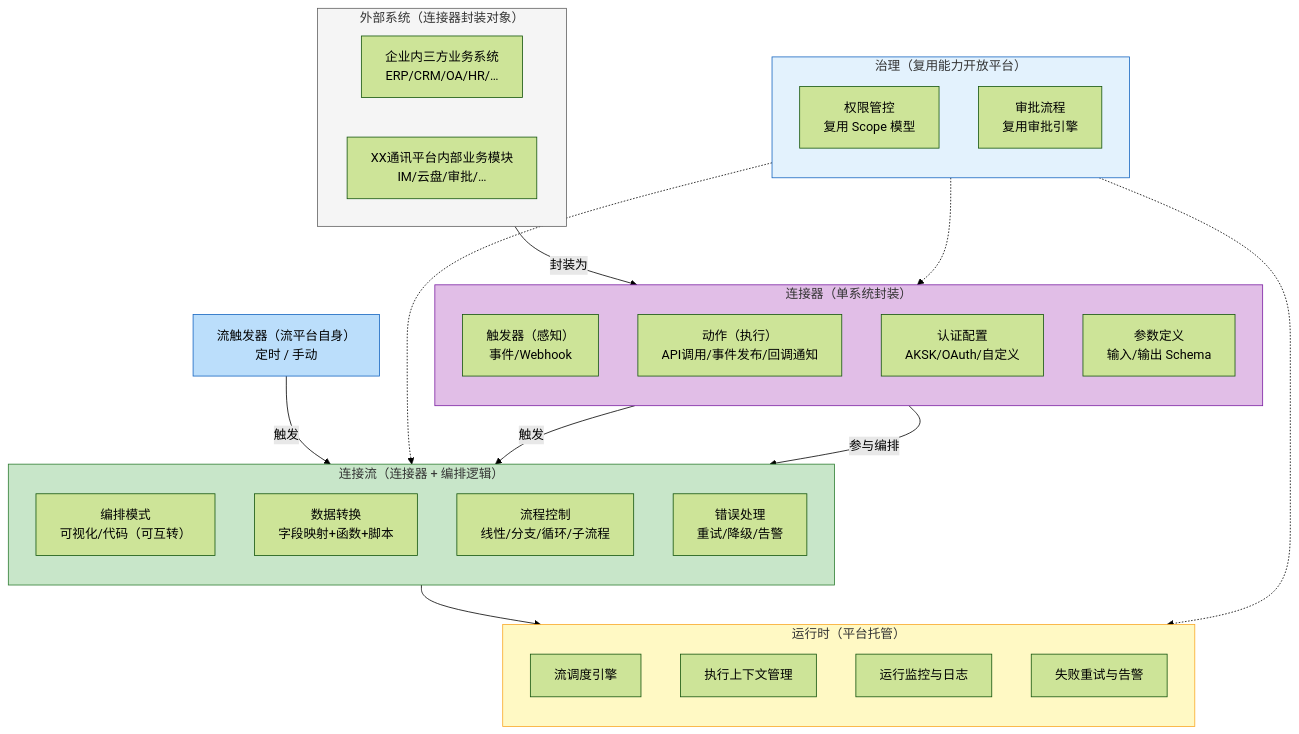
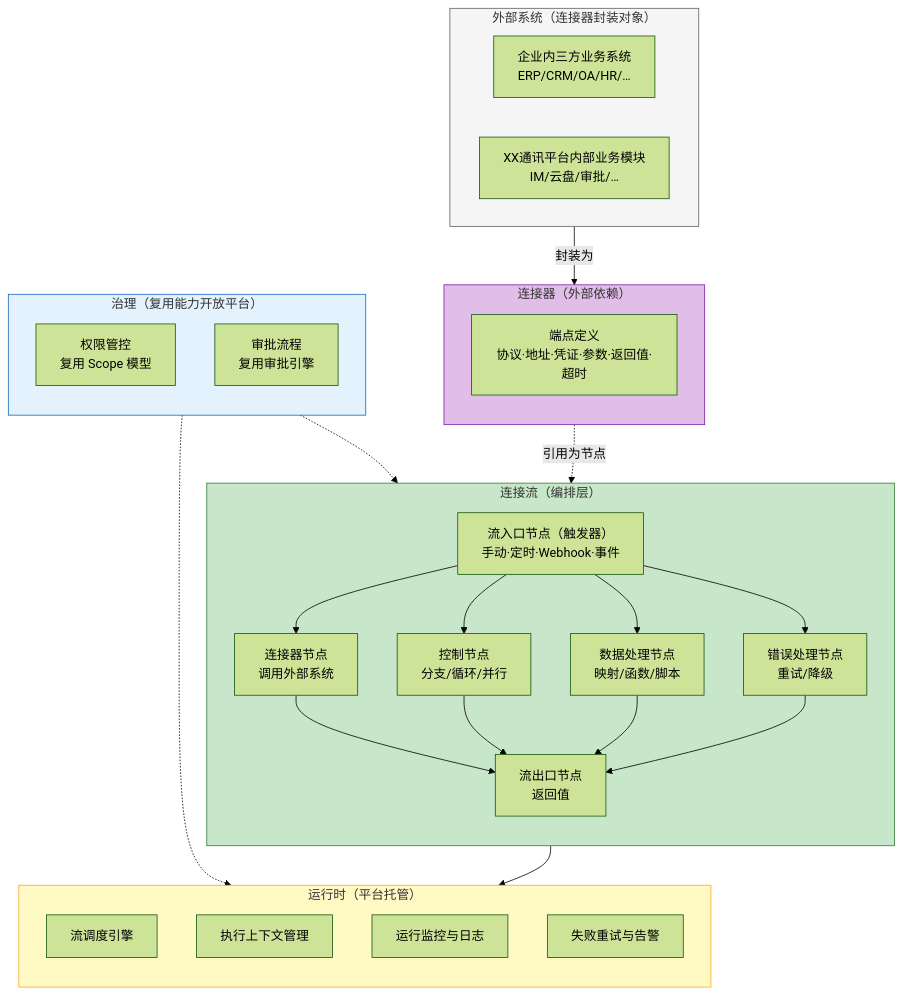
One commit to THZSummer/open-app changed the fourth of 14 diagrams in .sddu/specs-tree-root/specs-tree-connector-platform/discovery-report.md. Above: the diagram before and after it, drawn with Mermaid (forest theme). The commit also changed other lines of this file, not shown here.

Commit message:
fix: 全文对齐新概念模型——3.2旧图/5.2关系图/3.4触发归属/4.2需求/5.1时序图/6.2对标/6.4参照/8.1假设全面更新

````diff
--- a/.sddu/specs-tree-root/specs-tree-connector-platform/discovery-report.md
+++ b/.sddu/specs-tree-root/specs-tree-connector-platform/discovery-report.md
@@ -172,56 +174,50 @@
 ```mermaid
 flowchart TB
     subgraph ExternalSystems["外部系统（连接器封装对象）"]
         direction LR
         Third["企业内三方业务系统<br/>ERP/CRM/OA/HR/…"]
         Inner["XX通讯平台内部业务模块<br/>IM/云盘/审批/…"]
     end
-    
-    subgraph Connector["连接器（单系统封装）"]
+
+    subgraph ConnectorDef["连接器（外部依赖）"]
         direction TB
-        CT[触发器（感知）<br/>事件/Webhook]
-        CA[动作（执行）<br/>API调用/事件发布/回调通知]
-        CAuth[认证配置<br/>AKSK/OAuth/自定义]
-        CSchema[参数定义<br/>输入/输出 Schema]
+        CEp["端点定义<br/>协议·地址·凭证·参数·返回值·超时"]
     end
-    
-    FlowTrigger["流触发器（流平台自身）<br/>定时 / 手动"]
-    
-    subgraph Flow["连接流（连接器 + 编排逻辑）"]
+
+    subgraph Flow["连接流（编排层）"]
         direction TB
-        FEdit[编排模式<br/>可视化/代码（可互转）]
-        FTrans[数据转换<br/>字段映射+函数+脚本]
-        FCtrl[流程控制<br/>线性/分支/循环/子流程]
-        FError[错误处理<br/>重试/降级/告警]
+        EN["流入口节点（触发器）<br/>手动·定时·Webhook·事件"]
+        LN1["连接器节点<br/>调用外部系统"]
+        LN2["控制节点<br/>分支/循环/并行"]
+        LN3["数据处理节点<br/>映射/函数/脚本"]
+        LN4["错误处理节点<br/>重试/降级"]
+        EX["流出口节点<br/>返回值"]
+        EN --> LN1 & LN2 & LN3 & LN4 --> EX
     end
-    
+
     subgraph Runtime["运行时（平台托管）"]
         direction TB
         RSchedule[流调度引擎]
         RExec[执行上下文管理]
         RMonitor[运行监控与日志]
         RRetry[失败重试与告警]
     end
-    
+
     subgraph Governance["治理（复用能力开放平台）"]
         direction TB
         GPerm[权限管控<br/>复用 Scope 模型]
         GApproval[审批流程<br/>复用审批引擎]
     end
-    
-    ExternalSystems -->|封装为| Connector
-    CT -->|触发| Flow
-    FlowTrigger -->|触发| Flow
-    Connector -->|参与编排| Flow
+
+    ExternalSystems -->|封装为| ConnectorDef
+    ConnectorDef -.->|引用为节点| LN1
     Flow --> Runtime
-    Governance -.-> Connector
     Governance -.-> Flow
     Governance -.-> Runtime
-    
+
     style ExternalSystems fill:#f5f5f5,stroke:#616161
-    style Connector fill:#e1bee7,stroke:#7b1fa2
-    style FlowTrigger fill:#bbdefb,stroke:#1565c0
+    style ConnectorDef fill:#e1bee7,stroke:#7b1fa2
     style Flow fill:#c8e6c9,stroke:#2e7d32
     style Runtime fill:#fff9c4,stroke:#f9a825
     style Governance fill:#e3f2fd,stroke:#1565c0
 ```
````
